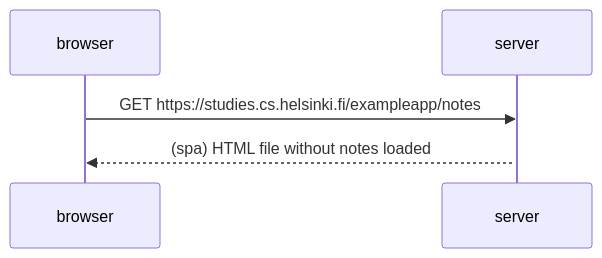
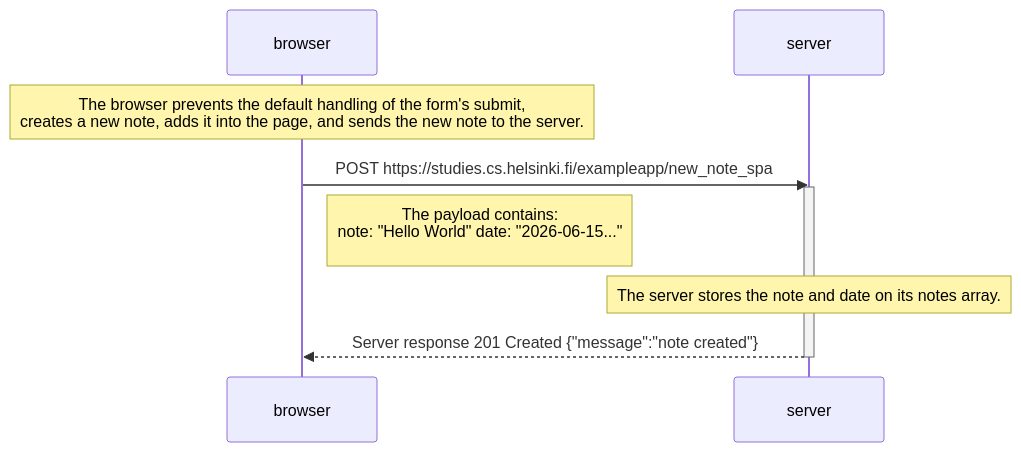
One commit to AaronCerqueiras/full-stack-open changed the diagram in part0/0.6_NewNoteInSinglePageDiagram.md. Above: the diagram before and after it, drawn with Mermaid.

Commit message:
Part0 exercise 0.6

````diff
--- a/part0/0.6_NewNoteInSinglePageDiagram.md
+++ b/part0/0.6_NewNoteInSinglePageDiagram.md
@@ -1,11 +1,15 @@
 ```mermaid
   sequenceDiagram
 
 	participant browser
     participant server
 
-  	browser->>server: GET https://studies.cs.helsinki.fi/exampleapp/notes
+	note over browser: The browser prevents the default handling of the form's submit,<br> creates a new note, adds it into the page, and sends the new note to the server.
+  	browser->>server: POST https://studies.cs.helsinki.fi/exampleapp/new_note_spa
 	activate server
-	server-->>browser: (spa) HTML file without notes loaded 
+	Note right of browser: The payload contains: <br> note: "Hello World" date: "2026-06-15..." <br>
+	Note over server: The server stores the note and date on its notes array.
+    server-->>browser: Server response 201 Created {"message":"note created"}
+	deactivate server
 
 ```
````
